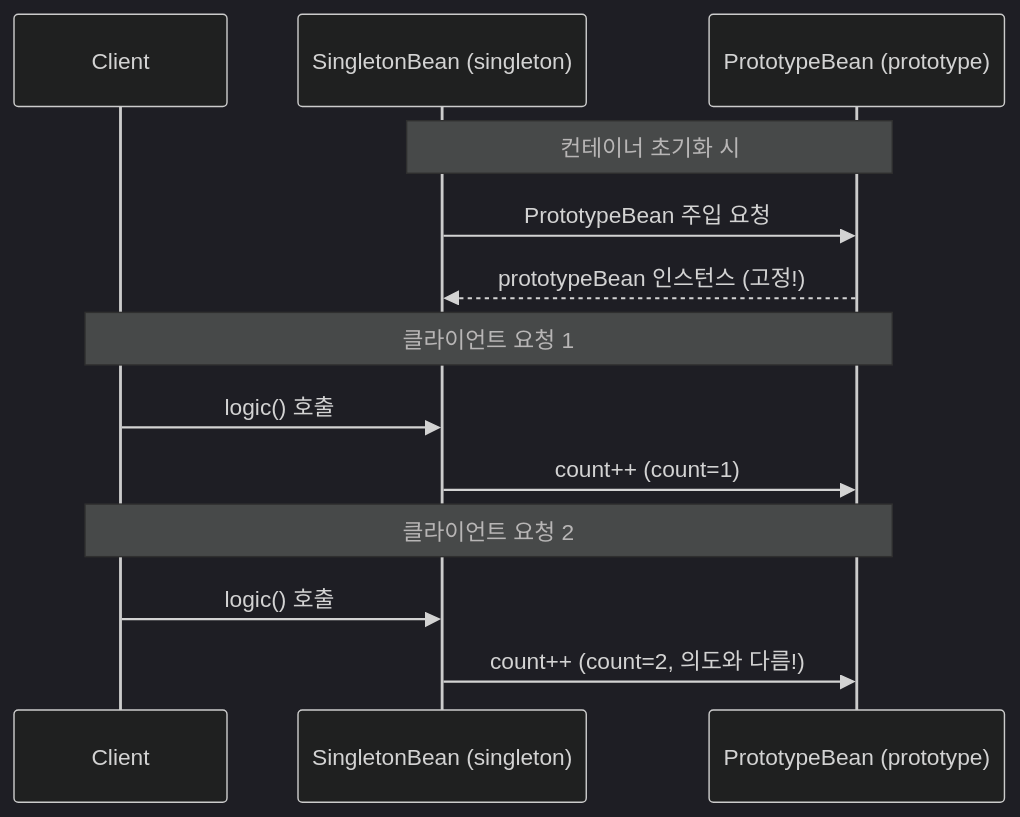
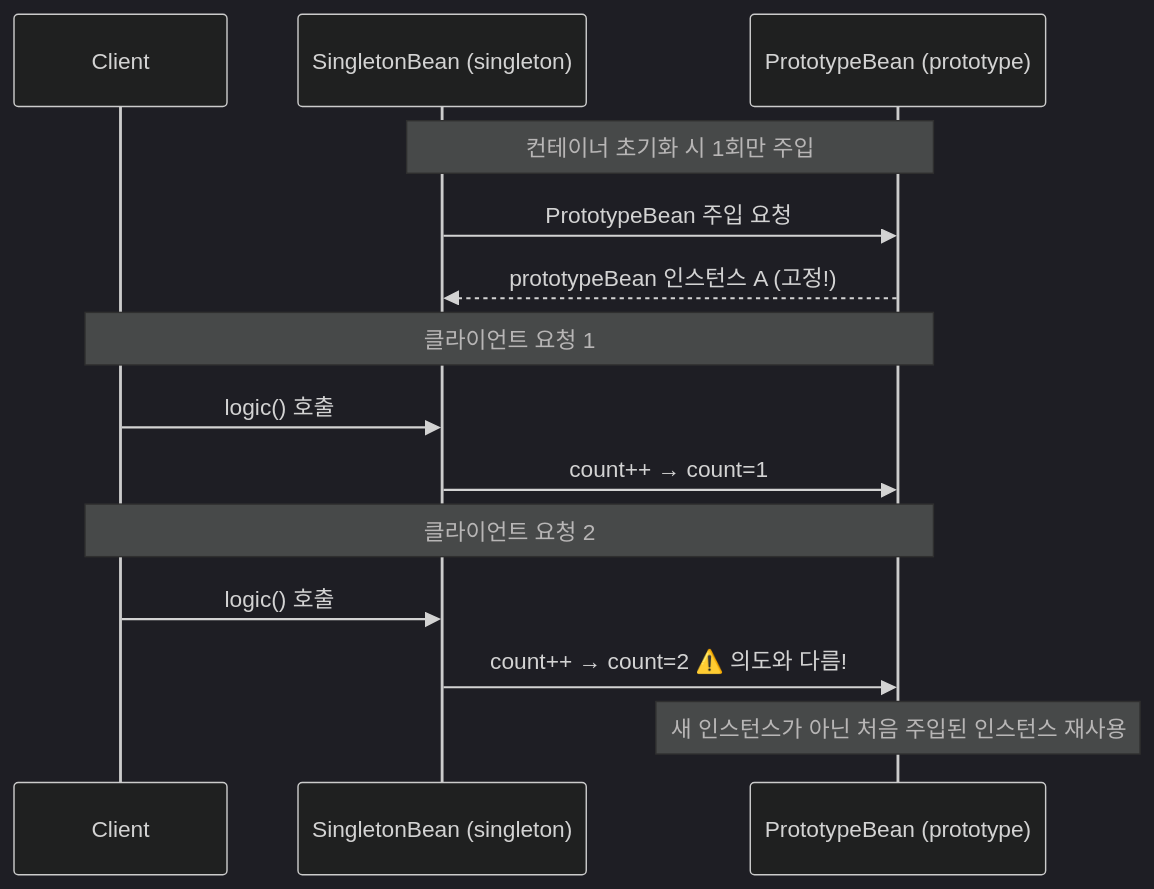
One commit to yjkim2015/yjkim2015.github.io changed the ninth of 13 diagrams in _posts/spring/2026-05-02-spring-core-basic.md. Above: the diagram before and after it, drawn with Mermaid (dark theme). The commit also changed other lines of this file and 32 other files, not shown here.

````diff
--- a/_posts/spring/2026-05-02-spring-core-basic.md
+++ b/_posts/spring/2026-05-02-spring-core-basic.md
@@ -584,18 +688,19 @@
 ```mermaid
 sequenceDiagram
     participant Client
     participant Singleton as SingletonBean (singleton)
     participant Prototype as PrototypeBean (prototype)
 
-    Note over Singleton,Prototype: 컨테이너 초기화 시
+    Note over Singleton,Prototype: 컨테이너 초기화 시 1회만 주입
     Singleton->>Prototype: PrototypeBean 주입 요청
-    Prototype-->>Singleton: prototypeBean 인스턴스 (고정!)
+    Prototype-->>Singleton: prototypeBean 인스턴스 A (고정!)
 
     Note over Client,Prototype: 클라이언트 요청 1
     Client->>Singleton: logic() 호출
-    Singleton->>Prototype: count++ (count=1)
+    Singleton->>Prototype: count++ → count=1
 
     Note over Client,Prototype: 클라이언트 요청 2
     Client->>Singleton: logic() 호출
-    Singleton->>Prototype: count++ (count=2, 의도와 다름!)
+    Singleton->>Prototype: count++ → count=2 ⚠️ 의도와 다름!
+    Note over Prototype: 새 인스턴스가 아닌 처음 주입된 인스턴스 재사용
 ```
````
